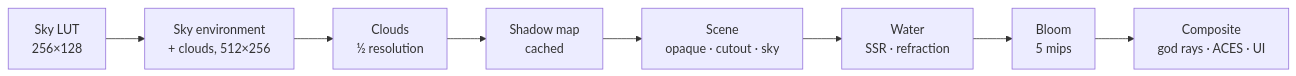
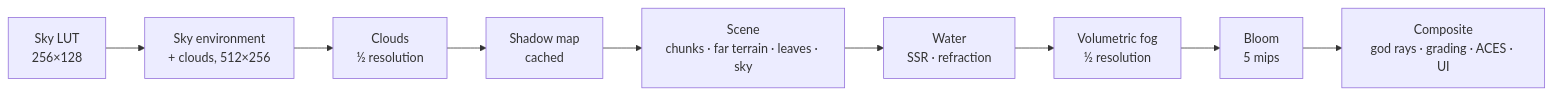
The diagram in README.md (M-U-C-K-A/Farlands), drawn with Mermaid before and after one commit. The commit also changed other lines of this file and 49 other files, not shown here.

First line of the commit message:
feat: shader presets, volumetric fog, far terrain LOD, falling leaves, stats panel

````diff
--- a/README.md
+++ b/README.md
@@ -182,10 +216,11 @@
 ```mermaid
 flowchart LR
     A[Sky LUT<br/>256×128] --> B[Sky environment<br/>+ clouds, 512×256]
     B --> C[Clouds<br/>½ resolution]
     C --> D[Shadow map<br/>cached]
-    D --> E[Scene<br/>opaque · cutout · sky]
+    D --> E[Scene<br/>chunks · far terrain · leaves · sky]
     E --> F[Water<br/>SSR · refraction]
-    F --> G[Bloom<br/>5 mips]
-    G --> H[Composite<br/>god rays · ACES · UI]
+    F --> G[Volumetric fog<br/>½ resolution]
+    G --> H[Bloom<br/>5 mips]
+    H --> I[Composite<br/>god rays · grading · ACES · UI]
 ```
````
